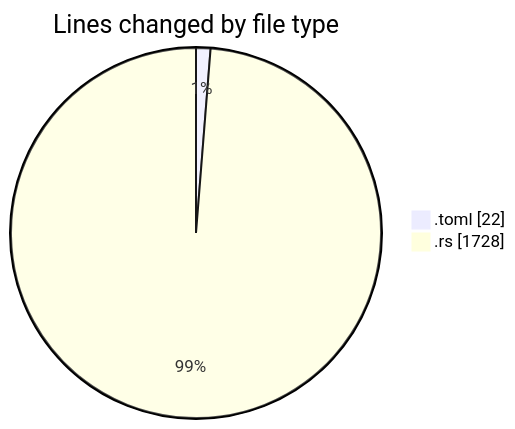
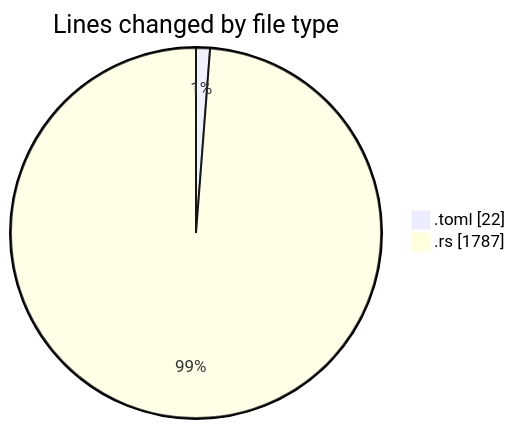
The first of 2 diagrams in 2025-01-02/3drust/README.md (ernivani/code-tracking), drawn with Mermaid before and after one commit. The commit also changed other lines of this file and 2 other files, not shown here.

````diff
--- a/2025-01-02/3drust/README.md
+++ b/2025-01-02/3drust/README.md
@@ -23,6 +23,6 @@
 ```mermaid
 pie showData
 title Lines changed by file type
 ".toml" : 22
-".rs" : 1728
+".rs" : 1787
 ```
````
